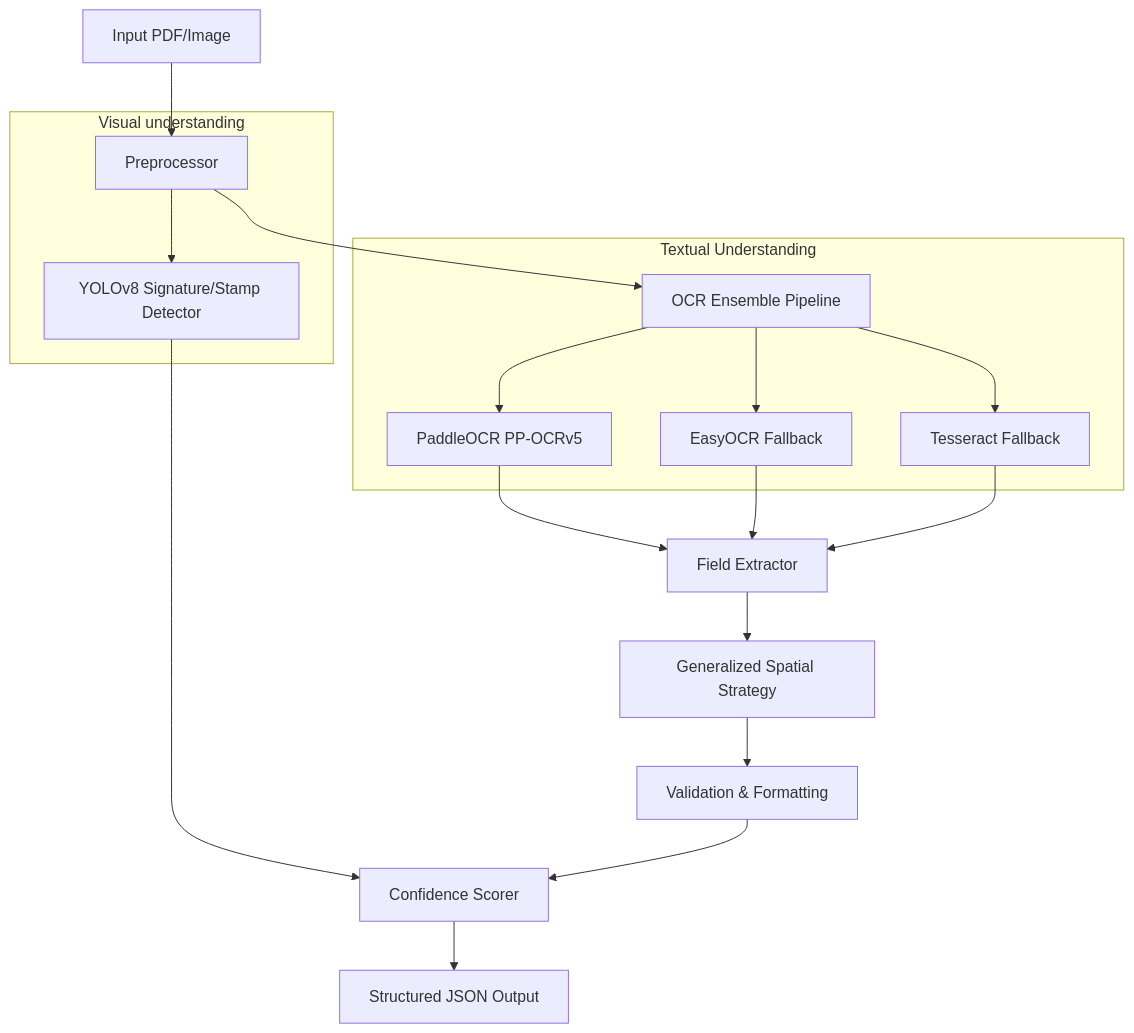
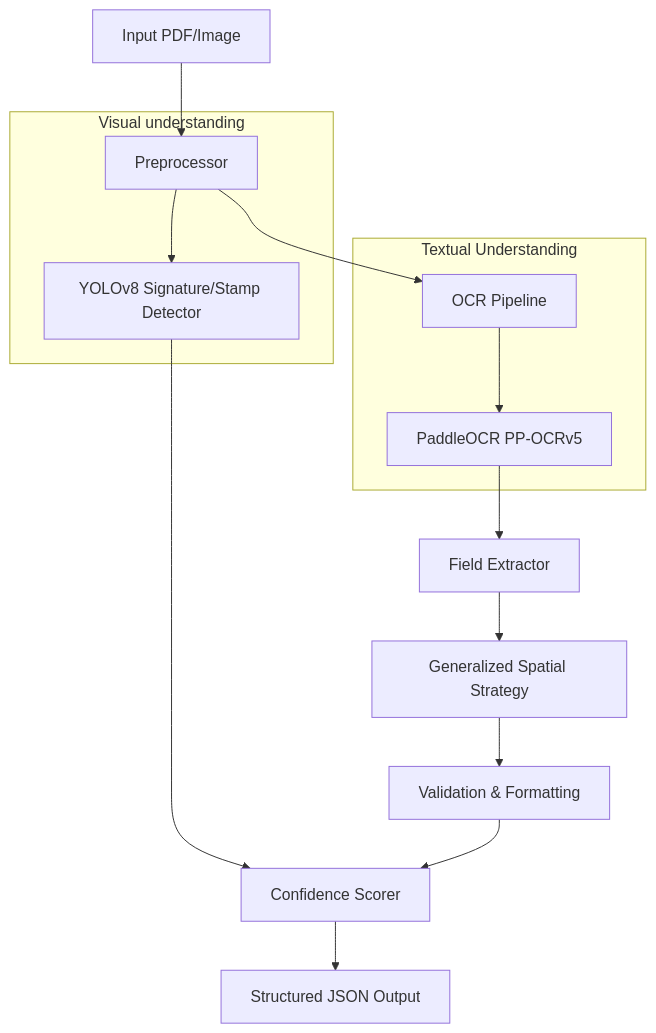
Before and after one commit to epawan/IntelliExtract-DocAI: the diagram in README.md, drawn with Mermaid. The commit also changed other lines of this file, not shown here.

Commit message:
Refine README: Remove EasyOCR and Tesseract mentions

````diff
--- a/README.md
+++ b/README.md
@@ -56,23 +55,21 @@
 ```mermaid
 graph TD
     A[Input PDF/Image] --> B[Preprocessor]
     
     subgraph "Visual understanding"
     B --> H[YOLOv8 Signature/Stamp Detector]
     end
 
     subgraph "Textual Understanding"
-    B --> C[OCR Ensemble Pipeline]
+    B --> C[OCR Pipeline]
     C --> D1[PaddleOCR PP-OCRv5]
-    C --> D2[EasyOCR Fallback]
-    C --> D3[Tesseract Fallback]
     end
     
-    D1 & D2 & D3 --> E[Field Extractor]
+    D1 --> E[Field Extractor]
     E --> F[Generalized Spatial Strategy]
     F --> G[Validation & Formatting]
     
     H --> J[Confidence Scorer]
     G --> J
     J --> K[Structured JSON Output]
 ```
````
